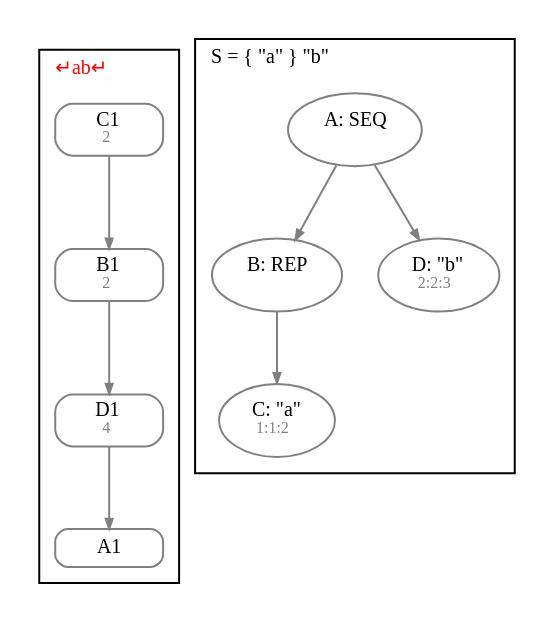
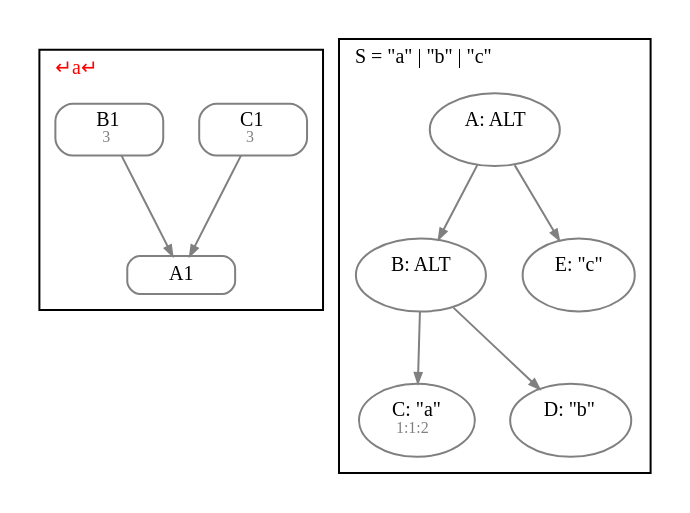
One commit to JanWillemBrands/AoC2021 changed the diagram in diagram.gv. Above: the diagram before and after it, drawn with Graphviz. The commit also changed 8 other files, not shown here.

Commit message:
Improved the layout of the syntax graphs from Graphviz

```diff
--- a/diagram.gv
+++ b/diagram.gv
@@ -1,33 +1,33 @@
 digraph G {
   fontname = Menlo
   fontsize = 10
-      node [fontname = Menlo, fontsize = 10, color = gray]
-      edge [fontname = Menlo, fontsize = 10, color = gray, arrowsize = 0.5]
+  node [fontname = Menlo, fontsize = 10, color = gray]
+  edge [fontname = Menlo, fontsize = 10, color = gray, arrowsize = 0.5]
 
   graph [ordering = out]
   subgraph GSS {
     cluster = true
-    label = <↵ab↵> fontcolor = red
+    label = <↵a↵> fontcolor = red
     labeljust = l
     node [shape = box, style = rounded, height = 0]
-    D1 [label = <D1<br/><font color="gray" point-size="8.0"> 4</font>>]
-    D1 -> A1
-    C1 [label = <C1<br/><font color="gray" point-size="8.0"> 2</font>>]
-    C1 -> B1
-    B1 [label = <B1<br/><font color="gray" point-size="8.0"> 2</font>>]
-    B1 -> D1
+    C1 [label = <C1<br/><font color="gray" point-size="8.0"> 3</font>>]
+    C1 -> A1
+    B1 [label = <B1<br/><font color="gray" point-size="8.0"> 3</font>>]
+    B1 -> A1
   }
   subgraph S {
     cluster = true
-    label = <S = { "a" } "b">
+    label = <S = "a" | "b" | "c">
     labeljust = l
     node [shape = ellipse, height = 0]
-    A [label = <A: SEQ<br/><font color="gray" point-size="8.0"> </font>>]
+    A [label = <A: ALT<br/><font color="gray" point-size="8.0"> </font>>]
     A -> B
-    B [label = <B: REP<br/><font color="gray" point-size="8.0"> </font>>]
+    B [label = <B: ALT<br/><font color="gray" point-size="8.0"> </font>>]
     B -> C
     C [label = <C: "a"<br/><font color="gray" point-size="8.0"> 1:1:2</font>>]
-    A -> D
-    D [label = <D: "b"<br/><font color="gray" point-size="8.0"> 2:2:3</font>>]
+    B -> D
+    D [label = <D: "b"<br/><font color="gray" point-size="8.0"> </font>>]
+    A -> E
+    E [label = <E: "c"<br/><font color="gray" point-size="8.0"> </font>>]
   }
 }
```
